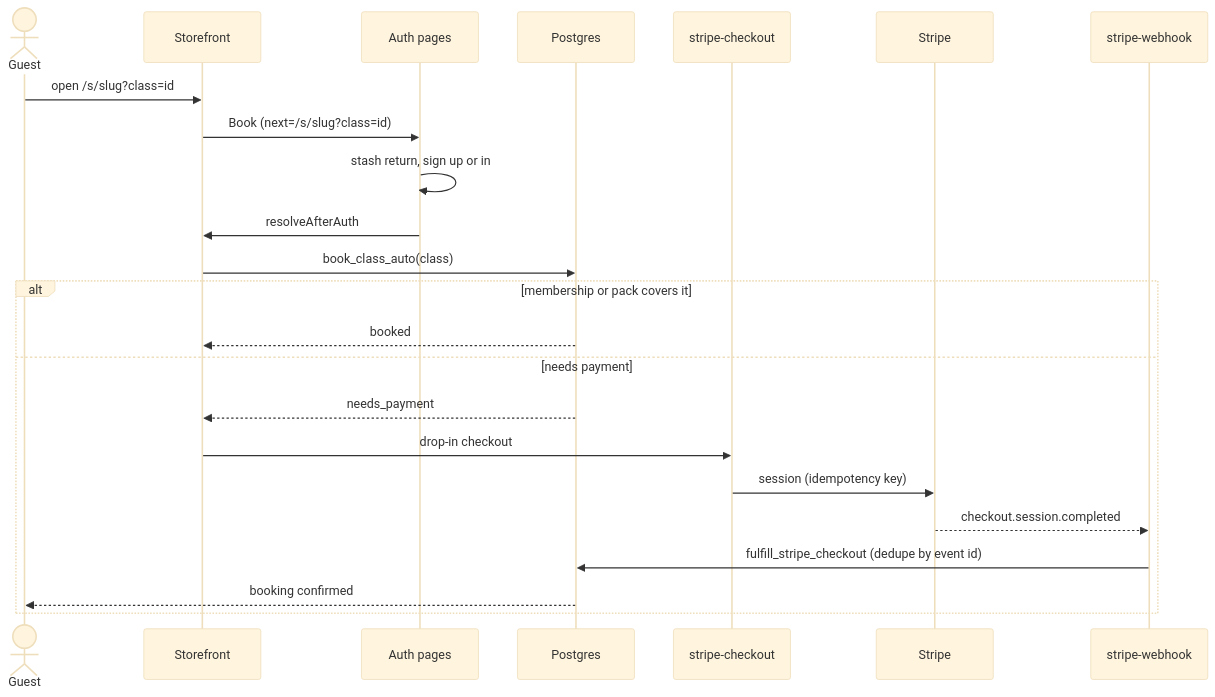
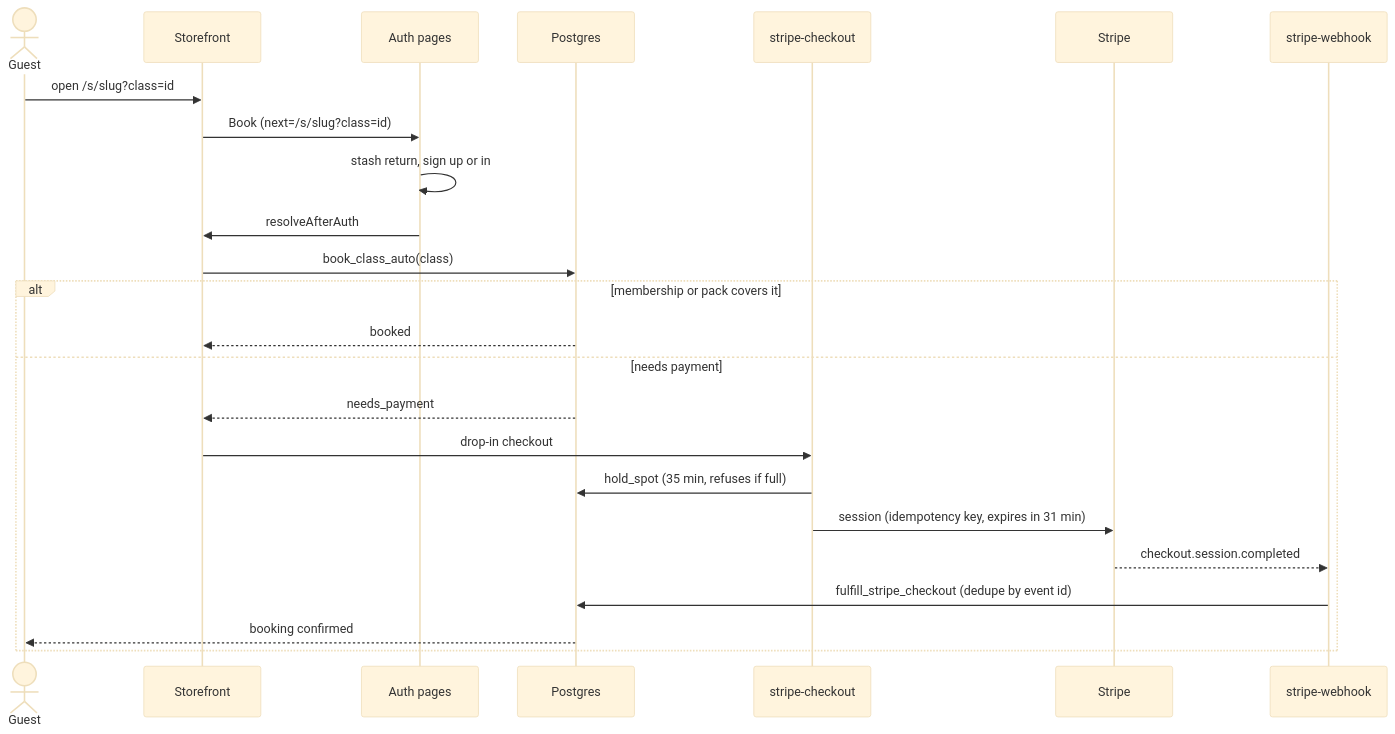
Before and after one commit to TaylorONeal/tandava: the third of 5 diagrams in docs/developer/07-launch-architecture.md, drawn with Mermaid (base theme). The commit also changed 7 other files, not shown here.

First line of the commit message:
feat(db,payments): seat holds so a paid drop-in cannot land on a full class (00027, HOLD-01..11)

````diff
--- a/docs/developer/07-launch-architecture.md
+++ b/docs/developer/07-launch-architecture.md
@@ -44,25 +44,26 @@
 ```mermaid
 sequenceDiagram
   actor G as Guest
   participant UI as Storefront
   participant A as Auth pages
   participant DB as Postgres
   participant CO as stripe-checkout
   participant ST as Stripe
   participant WH as stripe-webhook
   G->>UI: open /s/slug?class=id
   UI->>A: Book (next=/s/slug?class=id)
   A->>A: stash return, sign up or in
   A->>UI: resolveAfterAuth
   UI->>DB: book_class_auto(class)
   alt membership or pack covers it
     DB-->>UI: booked
   else needs payment
     DB-->>UI: needs_payment
     UI->>CO: drop-in checkout
-    CO->>ST: session (idempotency key)
+    CO->>DB: hold_spot (35 min, refuses if full)
+    CO->>ST: session (idempotency key, expires in 31 min)
     ST-->>WH: checkout.session.completed
     WH->>DB: fulfill_stripe_checkout (dedupe by event id)
     DB-->>G: booking confirmed
   end
 ```
````
